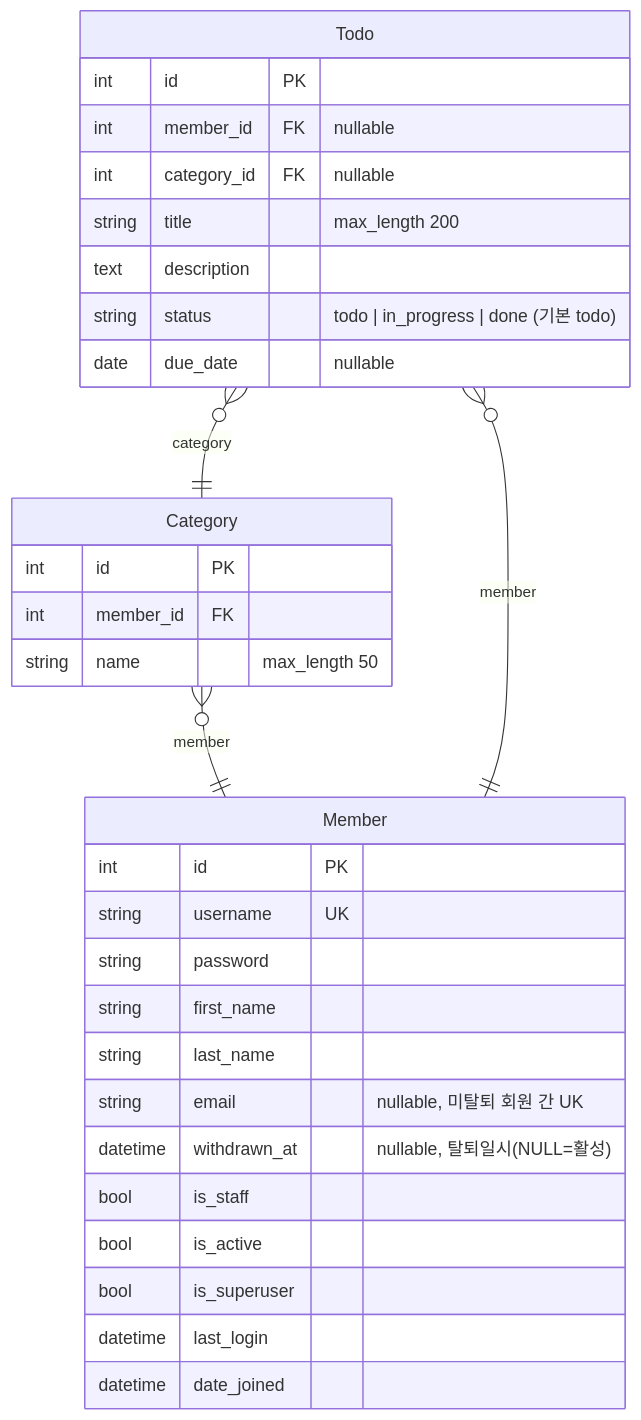
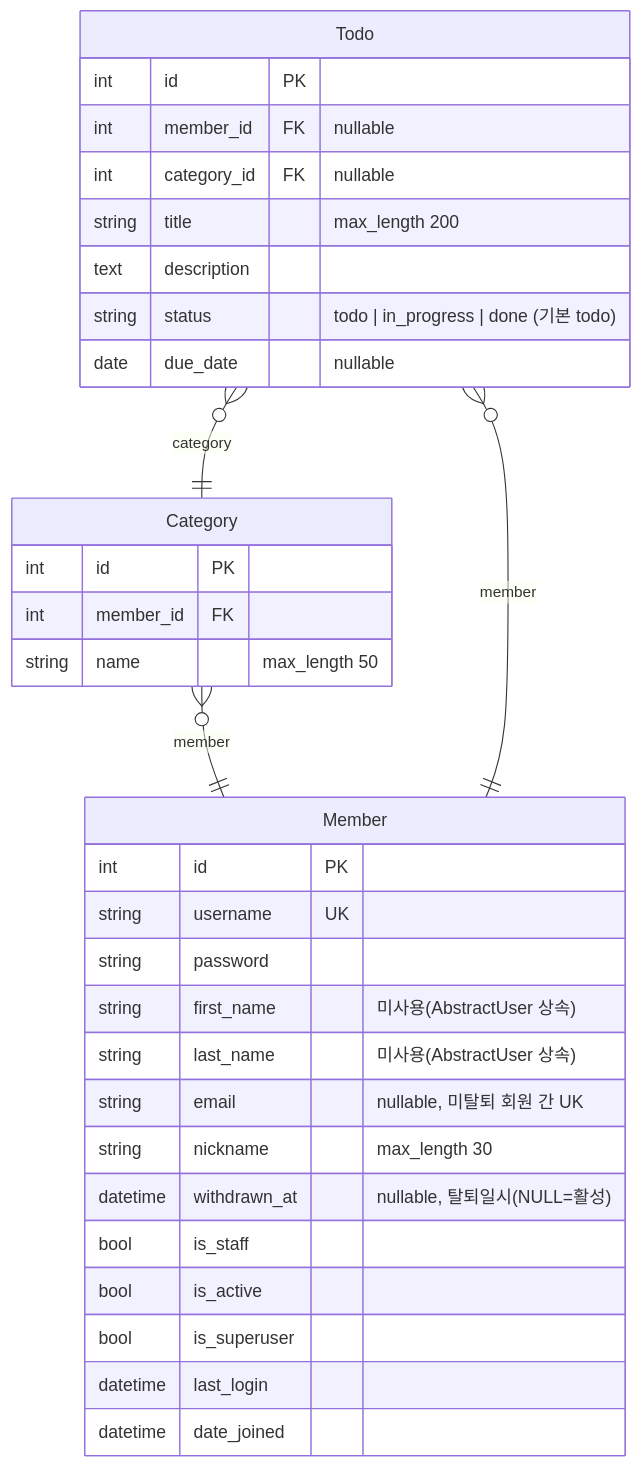
Before and after one commit to CS-yorisa/TODO-YORISA: the diagram in docs/erd.md, drawn with Mermaid. The commit also changed 13 other files, not shown here.

````diff
--- a/docs/erd.md
+++ b/docs/erd.md
@@ -3,34 +3,35 @@
 ```mermaid
 erDiagram
     Member {
         int id PK
         string username UK
         string password
-        string first_name
-        string last_name
+        string first_name "미사용(AbstractUser 상속)"
+        string last_name "미사용(AbstractUser 상속)"
         string email "nullable, 미탈퇴 회원 간 UK"
+        string nickname "max_length 30"
         datetime withdrawn_at "nullable, 탈퇴일시(NULL=활성)"
         bool is_staff
         bool is_active
         bool is_superuser
         datetime last_login
         datetime date_joined
     }
     Category {
         int id PK
         int member_id FK
         string name "max_length 50"
     }
     Todo {
         int id PK
         int member_id FK "nullable"
         int category_id FK "nullable"
         string title "max_length 200"
         text description
         string status "todo | in_progress | done (기본 todo)"
         date due_date "nullable"
     }
     Category }o--|| Member : "member"
     Todo }o--|| Member : "member"
     Todo }o--|| Category : "category"
 ```
````
